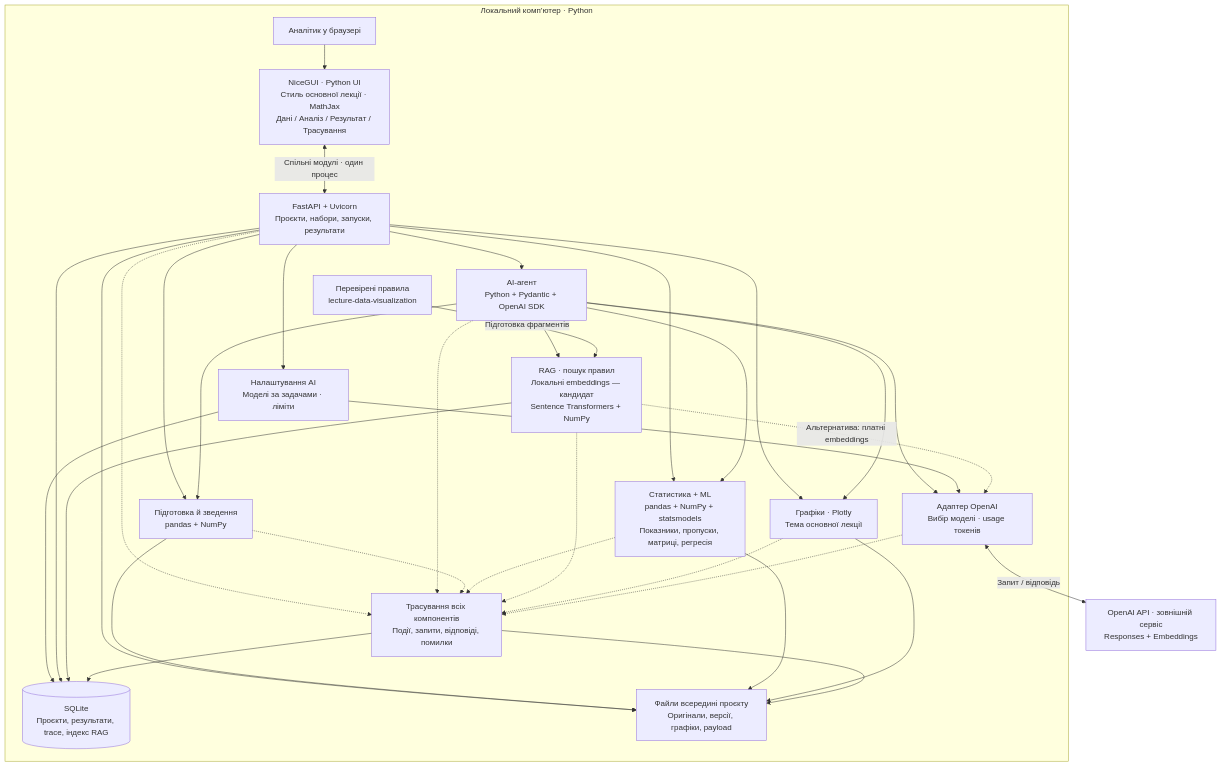
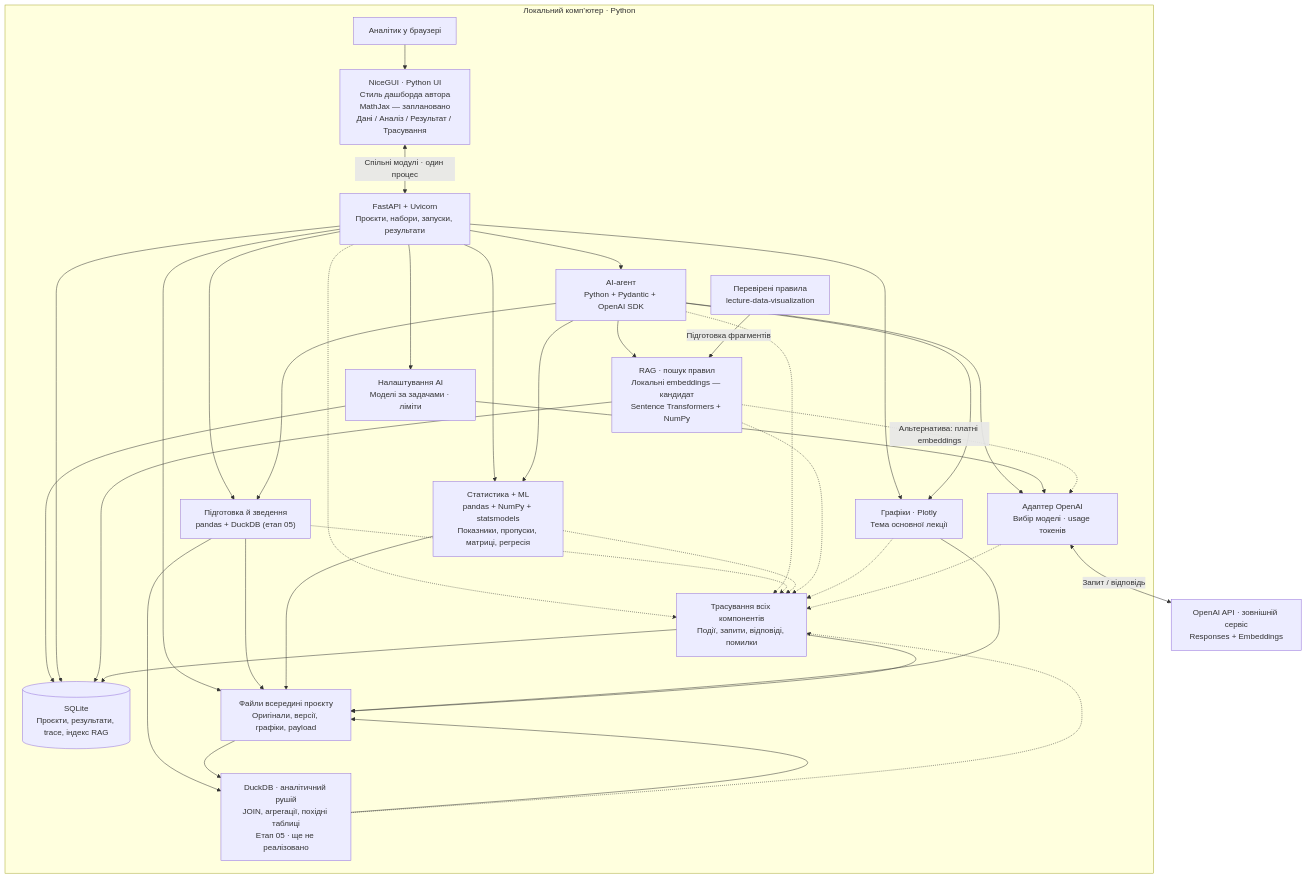
Before and after one commit to kleban/ai-course-final-project: the diagram in planning/architecture.md, drawn with Mermaid. The commit also changed other lines of this file and 28 other files, not shown here.

Commit message:
Integrate local TOAST UI Markdown editor and update MVP roadmap

````diff
--- a/planning/architecture.md
+++ b/planning/architecture.md
@@ -9,52 +11,57 @@
 ```mermaid
 flowchart TB
   USER["Аналітик у браузері"]
   subgraph LOCAL["Локальний комп’ютер · Python"]
-    UI["NiceGUI · Python UI<br/>Стиль основної лекції · MathJax<br/>Дані / Аналіз / Результат / Трасування"]
+    UI["NiceGUI · Python UI<br/>Стиль дашборда автора<br/>MathJax — заплановано<br/>Дані / Аналіз / Результат / Трасування"]
     API["FastAPI + Uvicorn<br/>Проєкти, набори, запуски, результати"]
     AGENT["AI-агент<br/>Python + Pydantic + OpenAI SDK"]
     CONFIG["Налаштування AI<br/>Моделі за задачами · ліміти"]
     ROUTER["Адаптер OpenAI<br/>Вибір моделі · usage токенів"]
-    DATA["Підготовка й зведення<br/>pandas + NumPy"]
+    DATA["Підготовка й зведення<br/>pandas + DuckDB (етап 05)"]
     ML["Статистика + ML<br/>pandas + NumPy + statsmodels<br/>Показники, пропуски, матриці, регресія"]
     RAG["RAG · пошук правил<br/>Локальні embeddings — кандидат<br/>Sentence Transformers + NumPy"]
     CHART["Графіки · Plotly<br/>Тема основної лекції"]
     TRACE["Трасування всіх компонентів<br/>Події, запити, відповіді, помилки"]
     DB[("SQLite<br/>Проєкти, результати, trace, індекс RAG")]
+    ANALYTICS["DuckDB · аналітичний рушій<br/>JOIN, агрегації, похідні таблиці<br/>Етап 05 · ще не реалізовано"]
     FILES["Файли всередині проєкту<br/>Оригінали, версії, графіки, payload"]
     KB["Перевірені правила<br/>lecture-data-visualization"]
     USER --> UI
     UI <-->|"Спільні модулі · один процес"| API
     API --> AGENT
     API --> CONFIG
     CONFIG --> DB
     AGENT --> ROUTER
     CONFIG --> ROUTER
     API --> DATA
     API --> ML
     API --> CHART
     API --> DB
     API --> FILES
     AGENT --> DATA
     AGENT --> ML
     AGENT --> RAG
     AGENT --> CHART
     KB -->|"Підготовка фрагментів"| RAG
     RAG --> DB
+    DATA --> ANALYTICS
+    FILES --> ANALYTICS
+    ANALYTICS --> FILES
+    ANALYTICS -.-> TRACE
     DATA --> FILES
     ML --> FILES
     CHART --> FILES
     API -.-> TRACE
     AGENT -.-> TRACE
     DATA -.-> TRACE
     ML -.-> TRACE
     RAG -.-> TRACE
     CHART -.-> TRACE
     TRACE --> DB
     TRACE --> FILES
   end
   OPENAI["OpenAI API · зовнішній сервіс<br/>Responses + Embeddings"]
   ROUTER <-->|"Запит / відповідь"| OPENAI
   RAG -.->|"Альтернатива: платні embeddings"| ROUTER
   ROUTER -.-> TRACE
 ```
````
